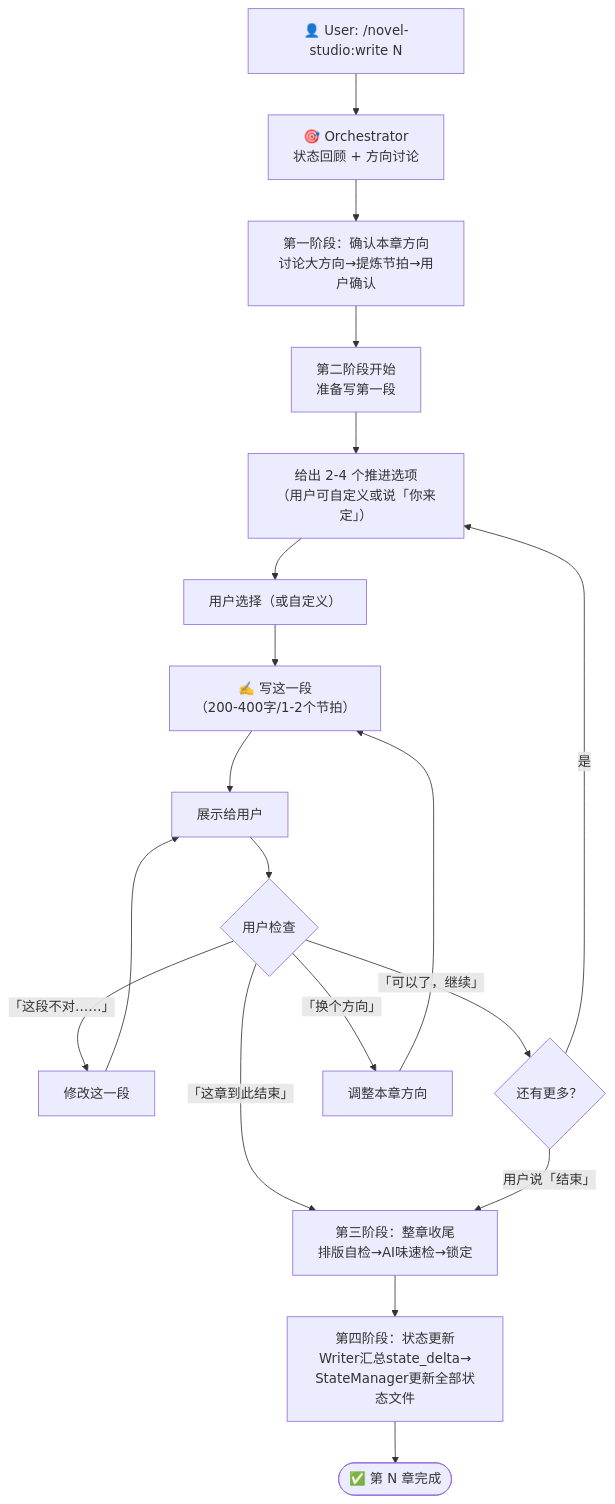
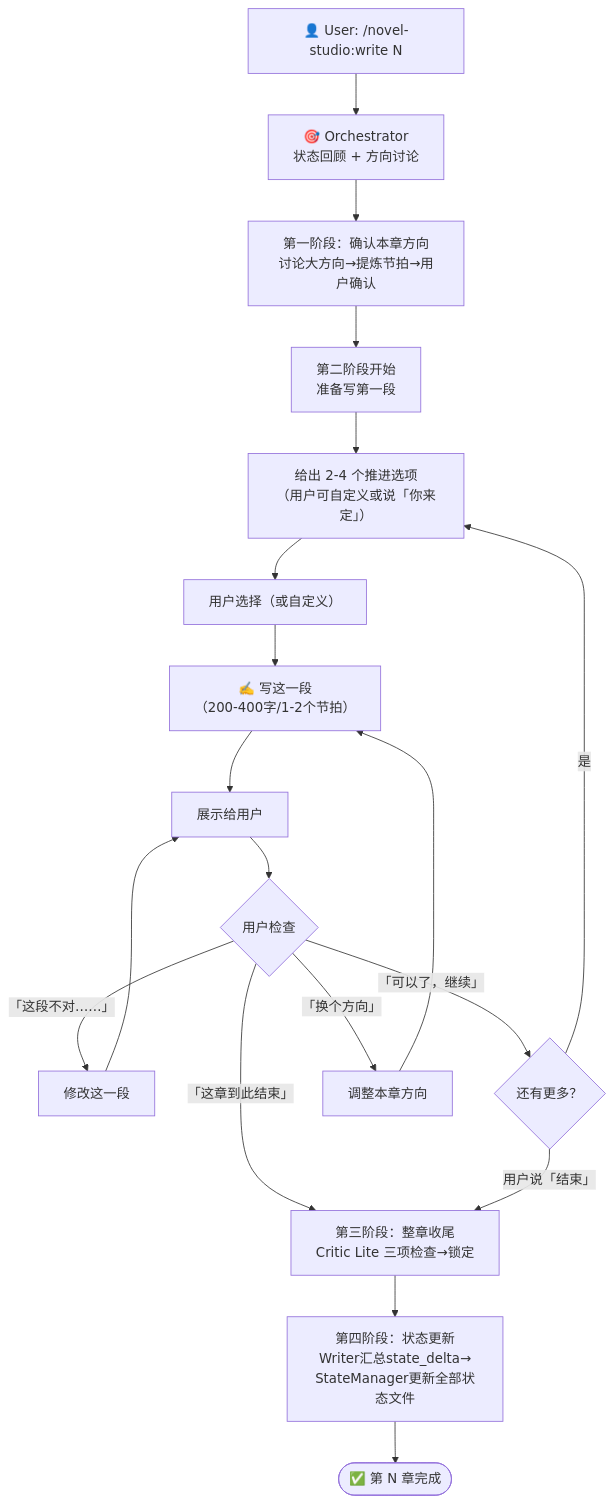
The diagram in workflows/write-chapter.md (deathwhispers/novel-studio), drawn with Mermaid before and after one commit. The commit also changed other lines of this file and 14 other files, not shown here.

First line of the commit message:
feat: 发布 0.0.5 — 写章节收尾 Critic Lite + 状态事务版本机制

````diff
--- a/workflows/write-chapter.md
+++ b/workflows/write-chapter.md
@@ -11,35 +11,35 @@
 ```mermaid
 flowchart TD
     User["👤 User: /novel-studio:write N"]
     Orchestrator["🎯 Orchestrator<br/>状态回顾 + 方向讨论"]
 
     User --> Orchestrator
 
     Orchestrator --> Phase1["第一阶段：确认本章方向<br/>讨论大方向→提炼节拍→用户确认"]
 
     Phase1 --> Phase2Start["第二阶段开始<br/>准备写第一段"]
 
     Phase2Start --> GiveOptions["给出 2-4 个推进选项<br/>（用户可自定义或说「你来定」）"]
 
     GiveOptions --> UserSelect["用户选择（或自定义）"]
 
     UserSelect --> WriteSegment["✍️ 写这一段<br/>（200-400字/1-2个节拍）"]
     WriteSegment --> ShowUser["展示给用户"]
 
     ShowUser --> UserCheck{"用户检查"}
     UserCheck -->|"「这段不对……」"| FixSegment["修改这一段"]
     FixSegment --> ShowUser
     UserCheck -->|"「可以了，继续」"| MoreSegments{"还有更多？"}
     UserCheck -->|"「换个方向」"| AdjustDirection["调整本章方向"]
     AdjustDirection --> WriteSegment
     UserCheck -->|"「这章到此结束」"| Phase3
 
     MoreSegments -->|"是"| GiveOptions
     MoreSegments -->|"用户说「结束」"| Phase3
 
-    Phase3["第三阶段：整章收尾<br/>排版自检→AI味速检→锁定"]
+    Phase3["第三阶段：整章收尾<br/>Critic Lite 三项检查→锁定"]
 
     Phase3 --> Summarize["第四阶段：状态更新<br/>Writer汇总state_delta→<br/>StateManager更新全部状态文件"]
 
     Summarize --> Done(["✅ 第 N 章完成"])
 ```
````
